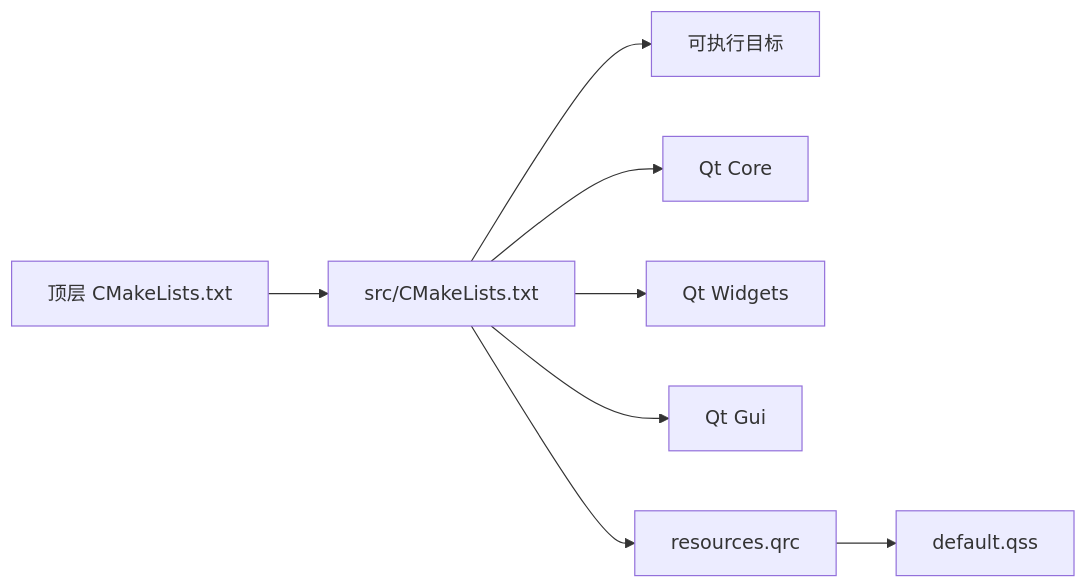
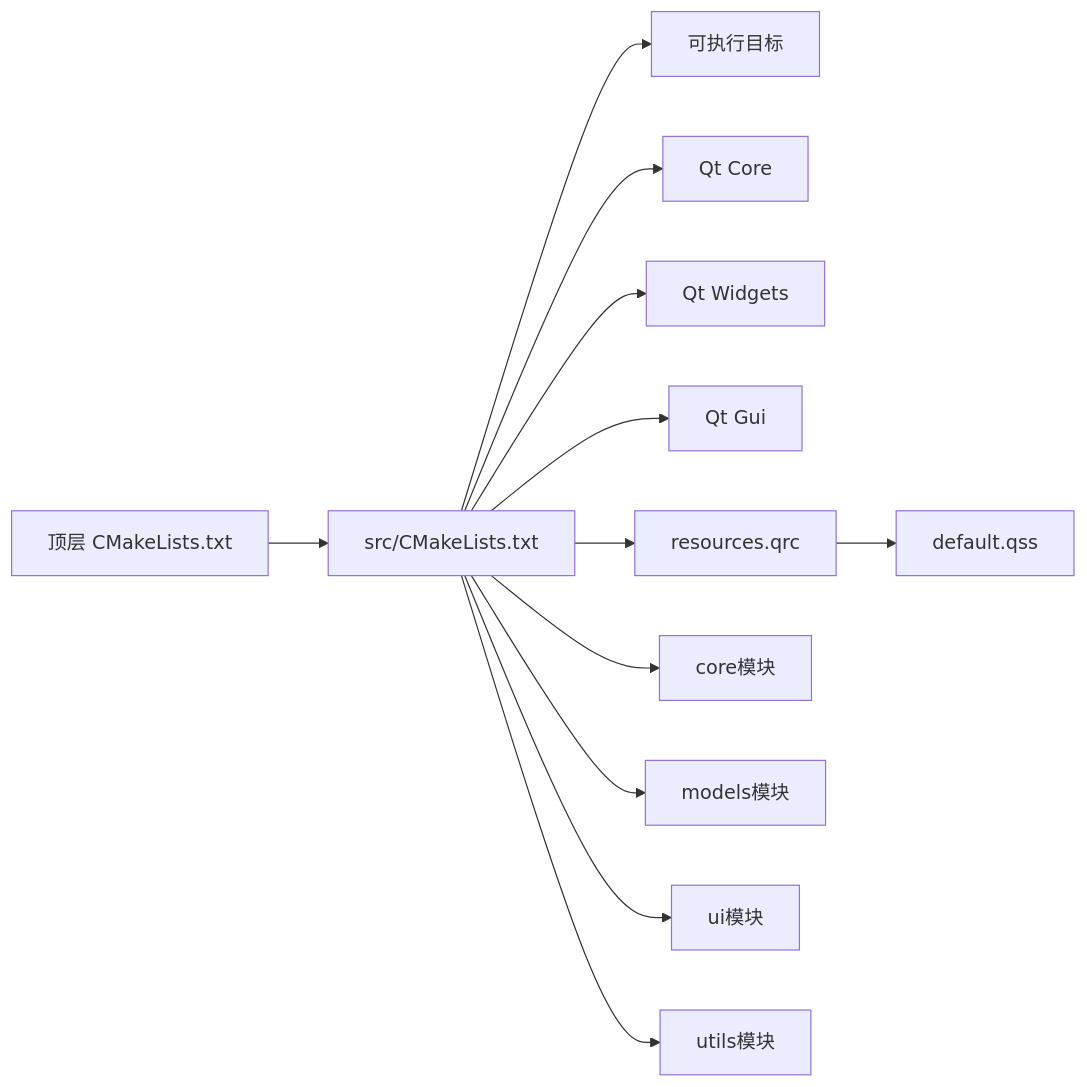
One commit to jakecai1225-design/OpenBus changed the fourth of 5 diagrams in .qoder/repowiki/zh/content/核心模块详解/核心模块详解.md. Above: the diagram before and after it, drawn with Mermaid. The commit also changed other lines of this file and 31 other files, not shown here.

````diff
--- a/.qoder/repowiki/zh/content/核心模块详解/核心模块详解.md
+++ b/.qoder/repowiki/zh/content/核心模块详解/核心模块详解.md
@@ -206,10 +388,14 @@
 ```mermaid
 graph LR
 Top["顶层 CMakeLists.txt"] --> Src["src/CMakeLists.txt"]
 Src --> Target["可执行目标"]
 Src --> QtCore["Qt Core"]
 Src --> QtWidgets["Qt Widgets"]
 Src --> QtGui["Qt Gui"]
 Src --> QRC["resources.qrc"]
 QRC --> QSS["default.qss"]
+Src --> Core["core模块"]
+Src --> Models["models模块"]
+Src --> UI["ui模块"]
+Src --> Utils["utils模块"]
 ```
````
